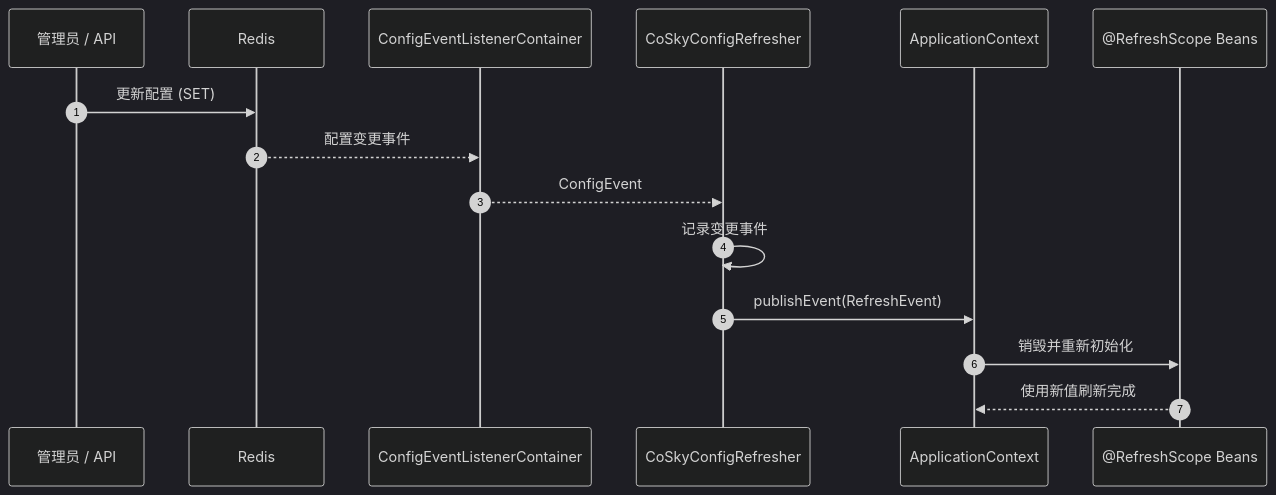
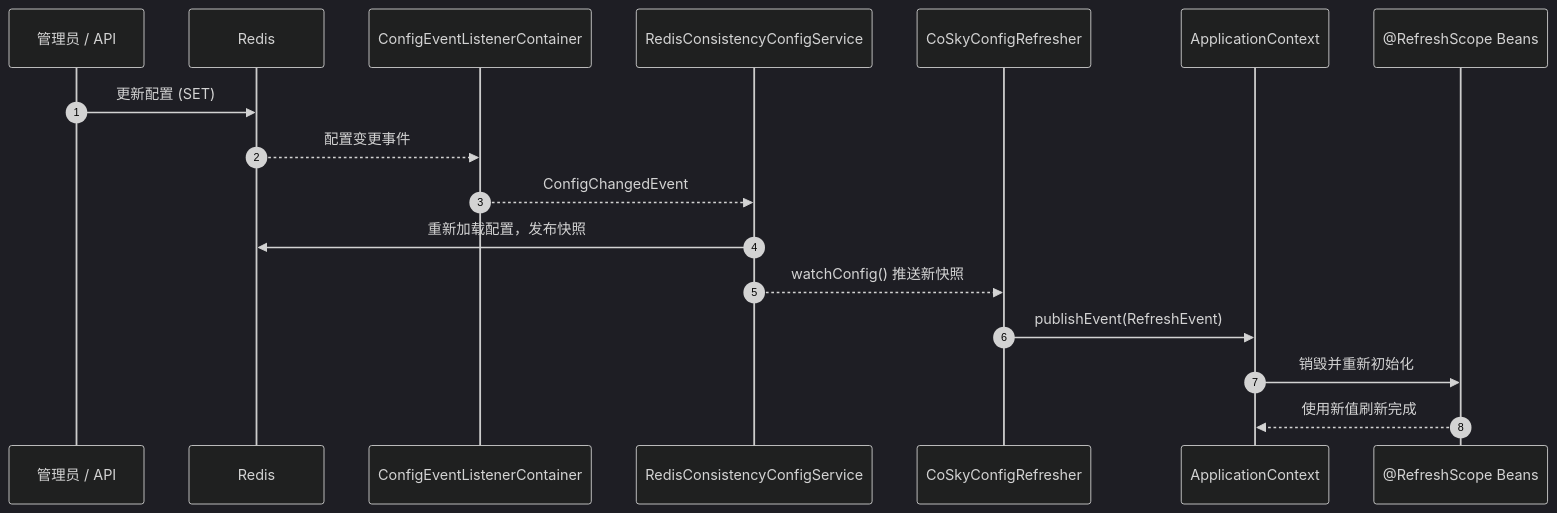
One commit to Ahoo-Wang/CoSky changed the third of 4 diagrams in wiki/zh/guide/spring-cloud-config.md. Above: the diagram before and after it, drawn with Mermaid (dark theme). The commit also changed other lines of this file and 35 other files, not shown here.

````diff
--- a/wiki/zh/guide/spring-cloud-config.md
+++ b/wiki/zh/guide/spring-cloud-config.md
@@ -108,18 +108,20 @@
 ```mermaid
 sequenceDiagram
     autonumber
     participant User as 管理员 / API
     participant Redis as Redis
     participant Listener as ConfigEventListenerContainer
+    participant Cache as RedisConsistencyConfigService
     participant Refresher as CoSkyConfigRefresher
     participant Context as ApplicationContext
     participant Beans as @RefreshScope Beans
 
     User->>Redis: 更新配置 (SET)
     Redis-->>Listener: 配置变更事件
-    Listener-->>Refresher: ConfigEvent
-    Refresher->>Refresher: 记录变更事件
+    Listener-->>Cache: ConfigChangedEvent
+    Cache->>Redis: 重新加载配置，发布快照
+    Cache-->>Refresher: watchConfig() 推送新快照
     Refresher->>Context: publishEvent(RefreshEvent)
     Context->>Beans: 销毁并重新初始化
     Beans-->>Context: 使用新值刷新完成
 ```
````
